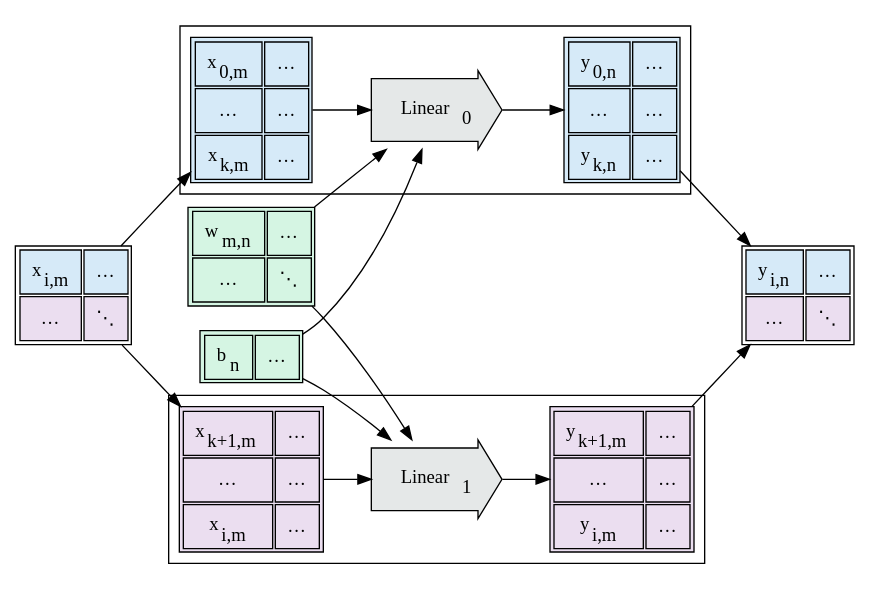
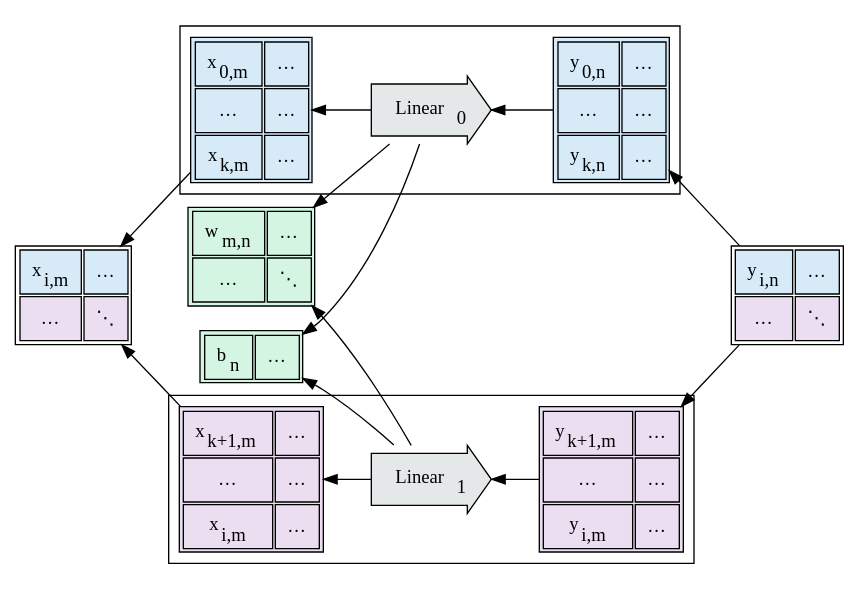
One commit to crutcher/crutcher.github.io-source changed diagram 14 of 55 in source/Tapestry/index.md. Above: the diagram before and after it, drawn with Graphviz. The commit also changed other lines of this file, not shown here.

Commit message:
graph ordering

````diff
--- a/source/Tapestry/index.md
+++ b/source/Tapestry/index.md
@@ -1940,6 +2151,6 @@
 ```graphviz
 digraph G {
-    rankdir=LR;
+    rankdir=RL;
 
     x [
         shape="plain",
@@ -2029,7 +2240,7 @@
         shape=rarrow,
         style=filled,
         fillcolor="#E5E8E8",
-        margin=0.3
+        margin=0.25
     ];
 
     y0 [
@@ -2051,10 +2262,9 @@
             </table>
         >,
     ];
-
-    x0 -> op0;
-    op0 -> y0;
-
+    
+    op0 -> x0;
+    y0 -> op0;
     }
 
     subgraph cluster_1 {
@@ -2104,24 +2314,23 @@
         shape=rarrow,
         style=filled,
         fillcolor="#E5E8E8",
-        margin=0.3
+        margin=0.25
     ];
-
-    xk -> opk;
-    opk -> yk;
+    
+    opk -> xk;
+    yk -> opk;
 
     }
+    
+    op0 -> w [weight=0];
+    opk -> w [weight=0];
 
-
-    w -> op0 [weight=0];
-    w -> opk [weight=0];
-
-    b -> op0 [weight=0];
-    b -> opk [weight=0];
-
-    x -> x0;
-    x -> xk;
-    y0 -> y;
-    yk -> y;
+    op0 -> b [weight=0];
+    opk -> b [weight=0];
+    
+    x0 -> x;
+    xk -> x;
+    y -> y0;
+    y -> yk;
 }
 ```
````
